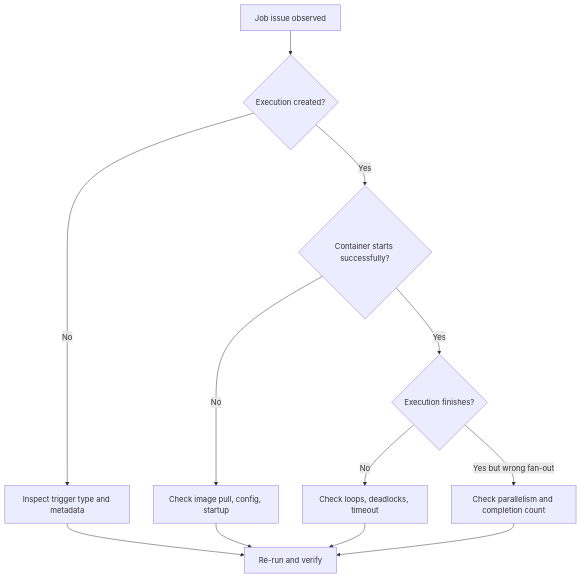
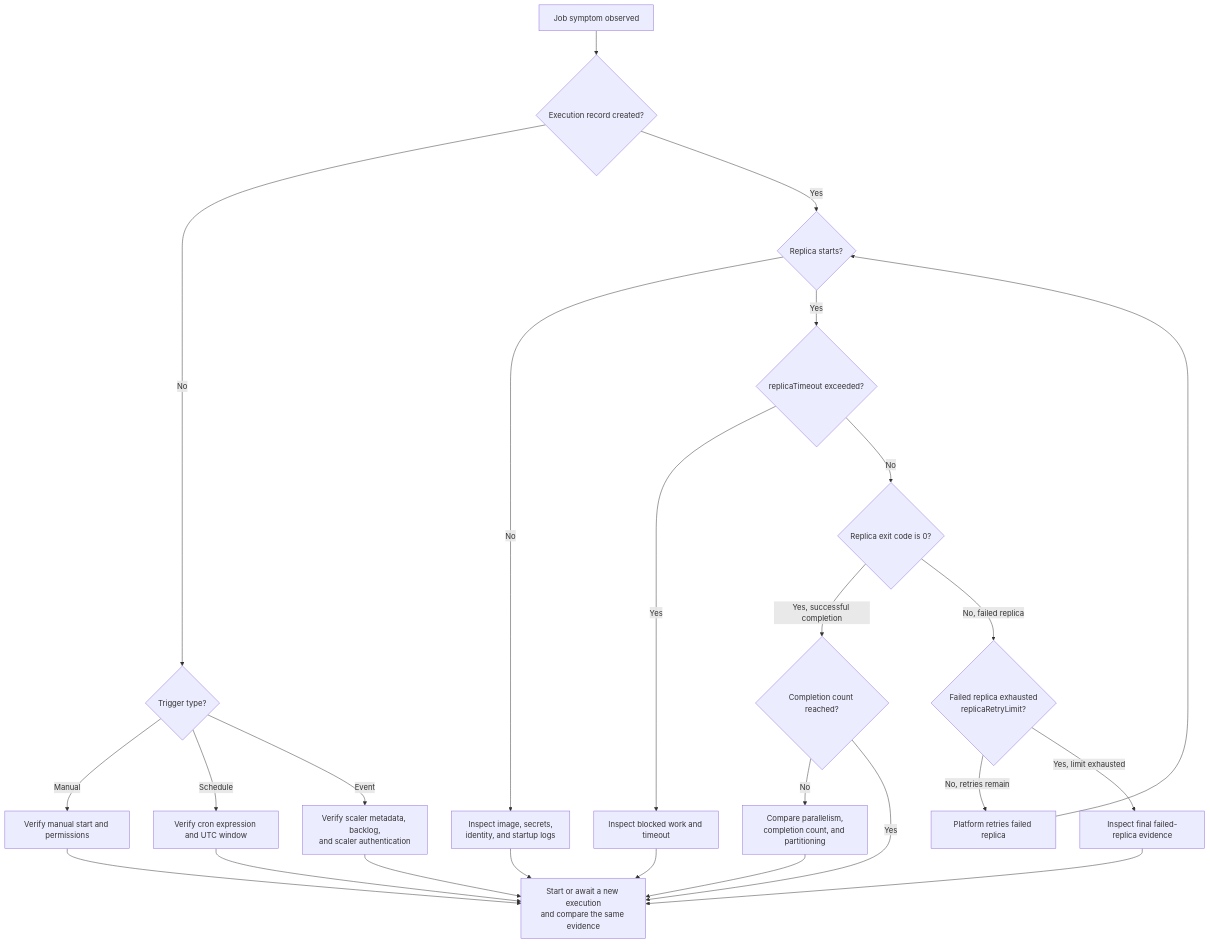
The diagram in docs/operations/jobs/troubleshooting.md (yeongseon/azure-container-apps-practical-guide), drawn with Mermaid before and after one commit. The commit also changed other lines of this file and 13 other files, not shown here.

Commit message:
docs(diagrams): migrate the Container Apps troubleshooting overview diagrams (#616)

````diff
--- a/docs/operations/jobs/troubleshooting.md
+++ b/docs/operations/jobs/troubleshooting.md
@@ -38,14 +42,45 @@
 ```mermaid
 flowchart TD
-    A[Job issue observed] --> B{Execution created?}
-    B -->|No| C[Inspect trigger type and metadata]
-    B -->|Yes| D{Container starts successfully?}
-    D -->|No| E[Check image pull, config, startup]
-    D -->|Yes| F{Execution finishes?}
-    F -->|No| G[Check loops, deadlocks, timeout]
-    F -->|Yes but wrong fan-out| H[Check parallelism and completion count]
-    C --> I[Re-run and verify]
-    E --> I
-    G --> I
-    H --> I
+    SYMPTOM[Job symptom observed]
+    EXECUTION{Execution record created?}
+    TRIGGER{Trigger type?}
+    MANUAL[Verify manual start and permissions]
+    SCHEDULE[Verify cron expression and UTC window]
+    EVENT[Verify scaler metadata, backlog,<br/>and scaler authentication]
+    START{Replica starts?}
+    STARTFAIL[Inspect image, secrets,<br/>identity, and startup logs]
+    TIMEOUT{replicaTimeout exceeded?}
+    TIMEOUTFAIL[Inspect blocked work and timeout]
+    EXIT{Replica exit code is 0?}
+    RETRIES{Failed replica exhausted<br/>replicaRetryLimit?}
+    RETRY[Platform retries failed replica]
+    FAIL[Inspect final failed-replica evidence]
+    COMPLETE{Completion count reached?}
+    FANOUT[Compare parallelism,<br/>completion count, and partitioning]
+    VERIFY[Start or await a new execution<br/>and compare the same evidence]
+
+    SYMPTOM --> EXECUTION
+    EXECUTION -->|No| TRIGGER
+    TRIGGER -->|Manual| MANUAL
+    TRIGGER -->|Schedule| SCHEDULE
+    TRIGGER -->|Event| EVENT
+    EXECUTION -->|Yes| START
+    START -->|No| STARTFAIL
+    START -->|Yes| TIMEOUT
+    TIMEOUT -->|Yes| TIMEOUTFAIL
+    TIMEOUT -->|No| EXIT
+    EXIT -->|Yes, successful completion| COMPLETE
+    EXIT -->|No, failed replica| RETRIES
+    RETRIES -->|No, retries remain| RETRY
+    RETRY --> START
+    RETRIES -->|Yes, limit exhausted| FAIL
+    COMPLETE -->|No| FANOUT
+    COMPLETE -->|Yes| VERIFY
+    MANUAL --> VERIFY
+    SCHEDULE --> VERIFY
+    EVENT --> VERIFY
+    STARTFAIL --> VERIFY
+    TIMEOUTFAIL --> VERIFY
+    FAIL --> VERIFY
+    FANOUT --> VERIFY
 ```
````
